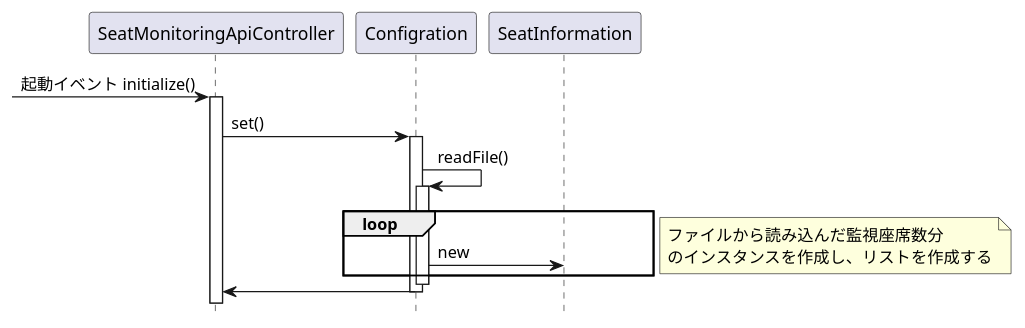
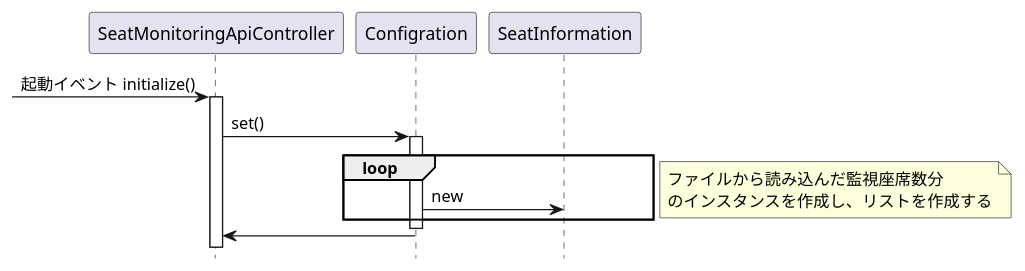
The diagram in doc/詳細設計/構成図(.pu)/SeatMonitoringAPI起動シーケンス図.pu (KeisukeSugita/Seat-monitoring-system), drawn with PlantUML before and after one commit.

Commit message:
不要部分の削除

```diff
--- a/doc/詳細設計/構成図(.pu)/SeatMonitoringAPI起動シーケンス図.pu
+++ b/doc/詳細設計/構成図(.pu)/SeatMonitoringAPI起動シーケンス図.pu
@@ -1,27 +1,25 @@
 @startuml SeatMonitoringAPI起動シーケンス図
 hide footbox
 
 participant "SeatMonitoringApiController" as SeatMonitoringApiController
 participant "Configration" as Configration
 participant "SeatInformation" as SeatInformation
 
 -> SeatMonitoringApiController :起動イベント initialize()
 activate SeatMonitoringApiController
 SeatMonitoringApiController -> Configration : set()
-activate Configration
-Configration -> Configration :readFile()
 activate Configration
 
 loop
 	Configration -> SeatInformation :new
 end
 note right
 	ファイルから読み込んだ監視座席数分
 	のインスタンスを作成し、リストを作成する
 end note
 
 deactivate Configration
 SeatMonitoringApiController <- Configration
 deactivate Configration
 
 @enduml
```
